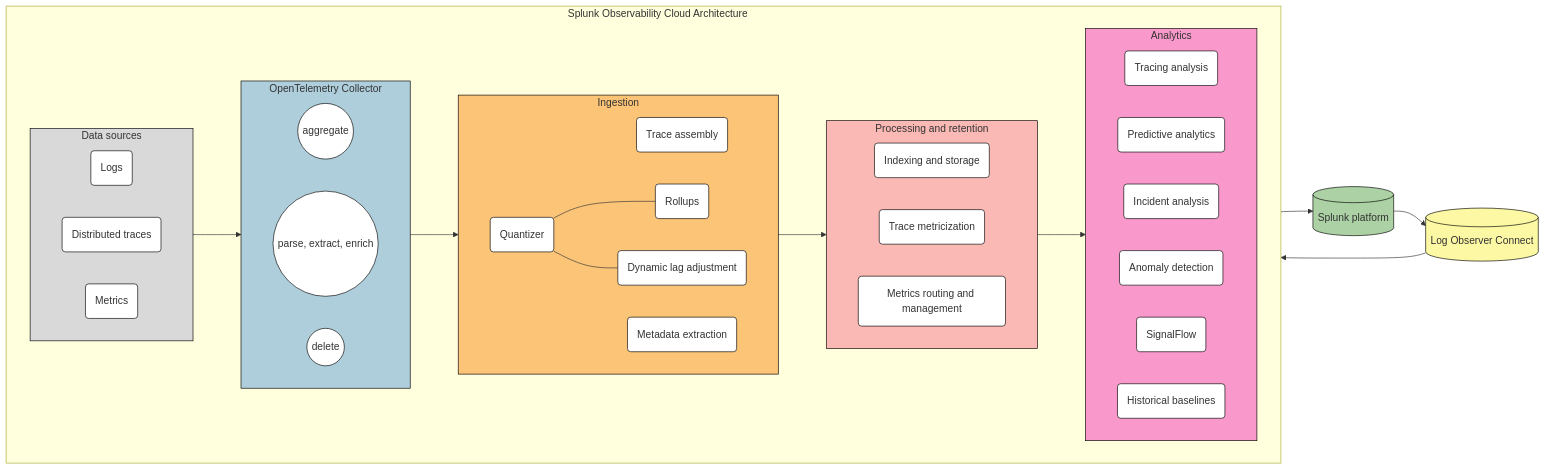
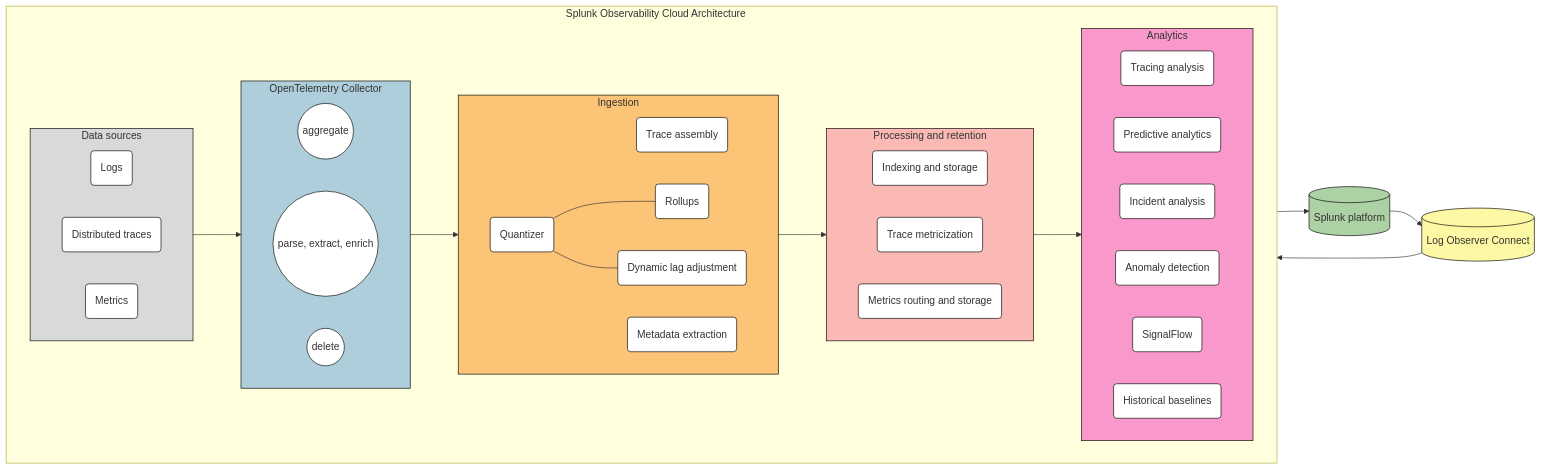
One commit to splunk/public-o11y-docs changed the diagram in get-started/o11y-architecture.rst. Above: the diagram before and after it, drawn with Mermaid.

```diff
--- a/get-started/o11y-architecture.rst
+++ b/get-started/o11y-architecture.rst
@@ -78,7 +78,7 @@
             direction LR 
             indexStorage(Indexing and storage)
             traceMetricization(Trace metricization)
-            metricsManagement(Metrics routing and management)
+            metricsManagement(Metrics routing and storage)
         end
 
         class analytics analyticsColor
```
